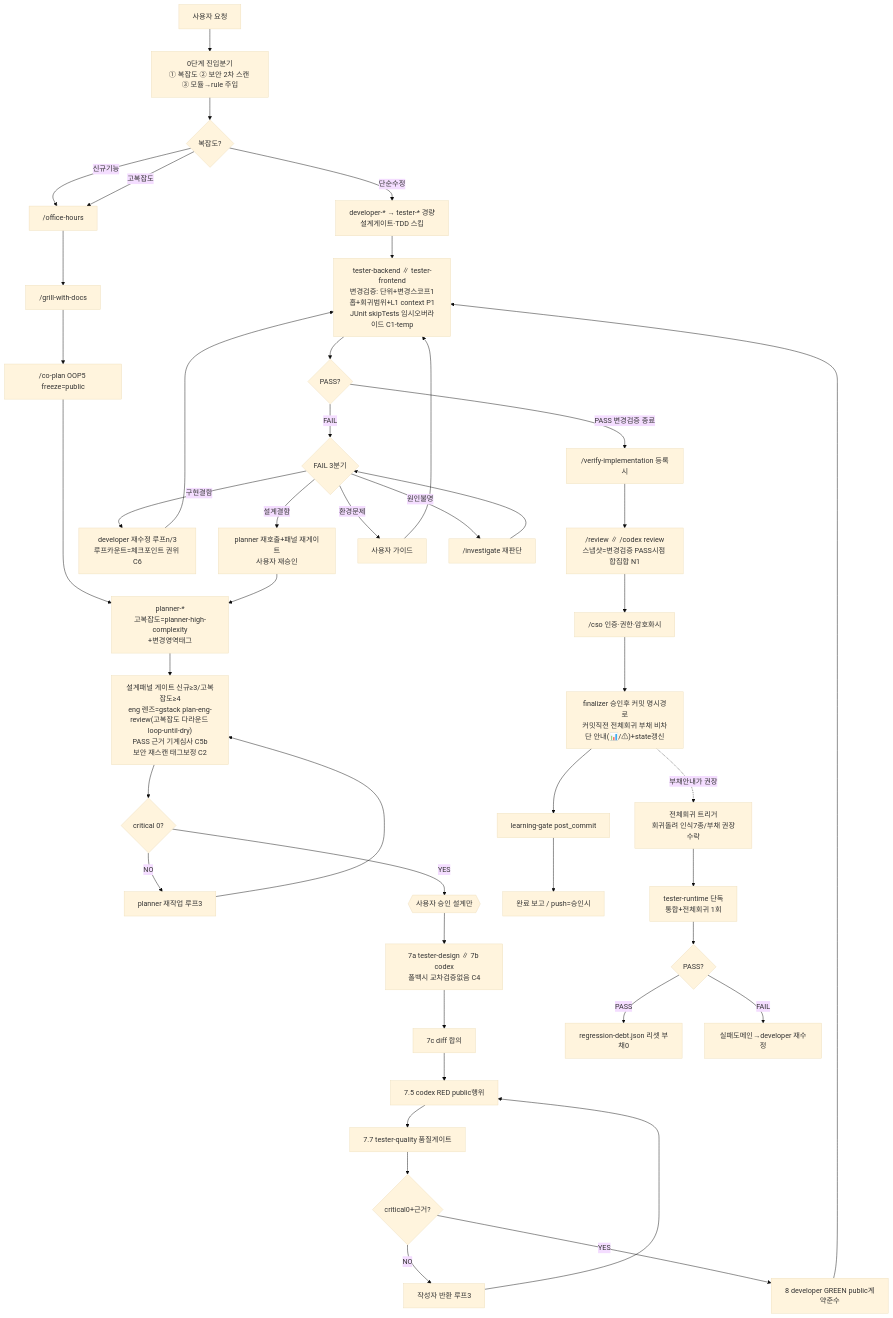
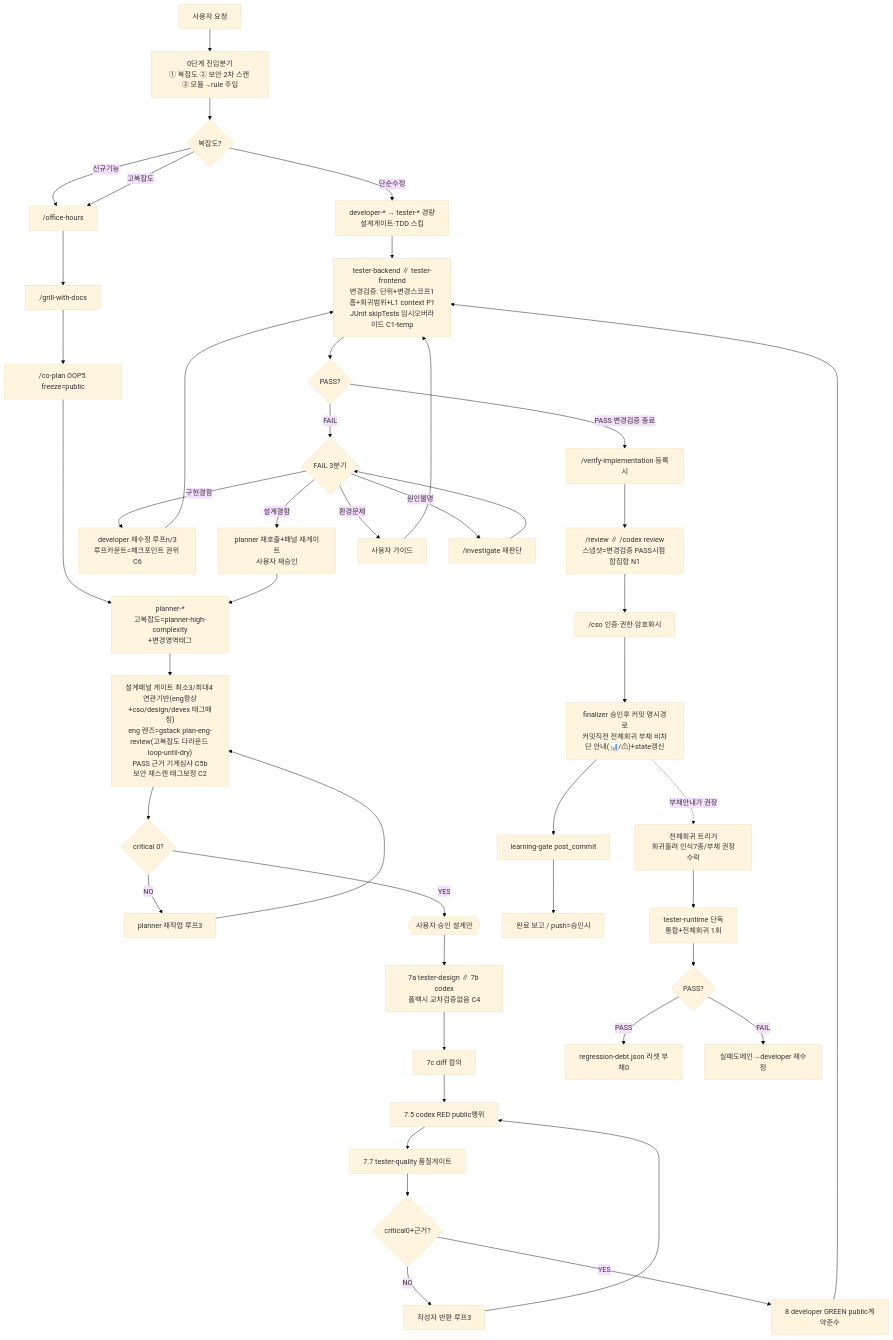
Before and after one commit to JungwooKim1271011706/harness-setup: the diagram in README.md, drawn with Mermaid (base theme). The commit also changed 8 other files, not shown here.

First line of the commit message:
feat(harness)!: 설계패널 인원 최소3/최대4 연관기반 + ceo 제거 — v2.0.0

````diff
--- a/README.md
+++ b/README.md
@@ -11,42 +11,42 @@
 ```mermaid
 flowchart TD
   REQ["사용자 요청"] --> S0["0단계 진입분기<br/>① 복잡도 ② 보안 2차 스캔 ③ 모듈→rule 주입"]
   S0 --> CPX{복잡도?}
 
   CPX -->|단순수정| SIMP["developer-* → tester-* 경량<br/>설계게이트·TDD 스킵"]
   SIMP --> POST
   CPX -->|신규기능| NF1["/office-hours"]
   CPX -->|고복잡도| NF1
 
   NF1 --> NF2["/grill-with-docs"] --> NF3["/co-plan OOP5 freeze=public"] --> PL["planner-*<br/>고복잡도=planner-high-complexity<br/>+변경영역태그"]
-  PL --> GATE["설계패널 게이트 신규≥3/고복잡도≥4<br/>eng 렌즈=gstack plan-eng-review(고복잡도 다라운드 loop-until-dry)<br/>PASS 근거 기계심사 C5b<br/>보안 재스캔 태그보정 C2"]
+  PL --> GATE["설계패널 게이트 최소3/최대4 연관기반(eng항상+cso/design/devex 태그매칭)<br/>eng 렌즈=gstack plan-eng-review(고복잡도 다라운드 loop-until-dry)<br/>PASS 근거 기계심사 C5b<br/>보안 재스캔 태그보정 C2"]
   GATE --> CRIT{critical 0?}
   CRIT -->|NO| PLRE["planner 재작업 루프3"] --> GATE
   CRIT -->|YES| APV{{"사용자 승인 설계만"}}
 
   APV --> T7A["7a tester-design ∥ 7b codex<br/>폴백시 교차검증없음 C4"]
   T7A --> T7C["7c diff 합의"] --> T75["7.5 codex RED public행위"] --> T77["7.7 tester-quality 품질게이트"]
   T77 --> Q77{critical0+근거?}
   Q77 -->|NO| RET["작성자 반환 루프3"] --> T75
   Q77 -->|YES| T8["8 developer GREEN public계약준수"]
   T8 --> POST
 
   POST["tester-backend ∥ tester-frontend<br/>변경검증: 단위+변경스코프1홉+회귀범위+L1 context P1<br/>JUnit skipTests 임시오버라이드 C1-temp"]
   POST --> PF{PASS?}
   PF -->|PASS 변경검증 종료| VER["/verify-implementation 등록시"]
   VER --> REV["/review ∥ /codex review<br/>스냅샷=변경검증 PASS시점 합집합 N1"]
   REV --> CSO["/cso 인증·권한·암호화시"] --> FIN["finalizer 승인후 커밋 명시경로<br/>커밋직전 전체회귀 부채 비차단 안내(📊/⚠)+state갱신"]
   FIN --> LG["learning-gate post_commit"] --> DONE["완료 보고 / push=승인시"]
 
   PF -->|FAIL| FB{FAIL 3분기}
   FB -->|구현결함| DEV["developer 재수정 루프n/3<br/>루프카운트=체크포인트 권위 C6"] --> POST
   FB -->|설계결함| DM["planner 재호출+패널 재게이트<br/>사용자 재승인"] --> PL
   FB -->|환경문제| EN["사용자 가이드"] --> POST
   FB -->|원인불명| INV["/investigate 재판단"] --> FB
 
   FIN -.부채안내가 권장.-> DEBT["전체회귀 트리거<br/>회귀돌려 인식7종/부채 권장수락"]
   DEBT --> RT["tester-runtime 단독<br/>통합+전체회귀 1회"]
   RT --> RTP{PASS?}
   RTP -->|PASS| RST["regression-debt.json 리셋 부채0"]
   RTP -->|FAIL| RTF["실패도메인→developer 재수정"]
 ```
````
